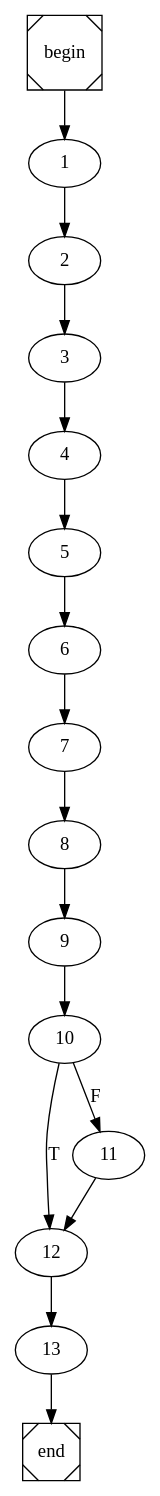
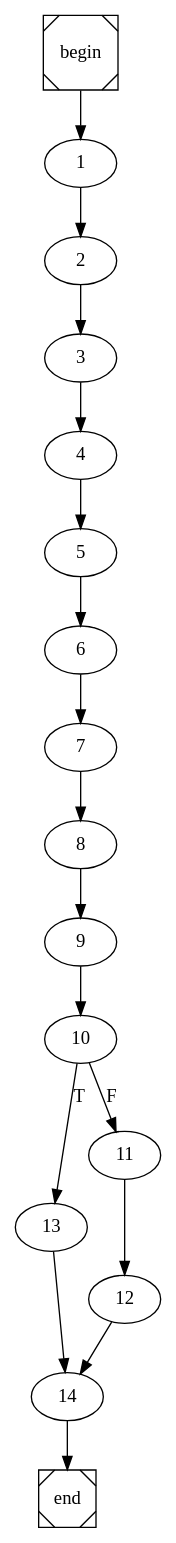
The diagram in performSingleEstimate.dot (pedrojfs17/FEUP-COMP), drawn with Graphviz before and after one commit. The commit also changed 11 other files, not shown here.

```diff
--- a/performSingleEstimate.dot
+++ b/performSingleEstimate.dot
@@ -1,4 +1,4 @@
 digraph cfg {
 	begin [shape=Msquare];
 	end [shape=Msquare];
-	begin -> 1;	1 -> 2;	2 -> 3;	3 -> 4;	4 -> 5;	5 -> 6;	6 -> 7;	7 -> 8;	8 -> 9;	9 -> 10;	10 -> 12[label=T];	10 -> 11[label=F];	11 -> 12;	12 -> 13;	13 -> end;}
+	begin -> 1;	1 -> 2;	2 -> 3;	3 -> 4;	4 -> 5;	5 -> 6;	6 -> 7;	7 -> 8;	8 -> 9;	9 -> 10;	10 -> 13[label=T];	10 -> 11[label=F];	11 -> 12;	12 -> 14;	13 -> 14;	14 -> end;}
```
